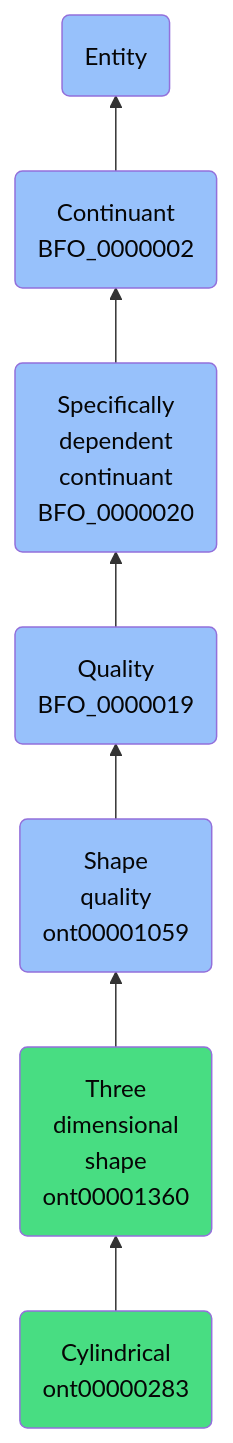
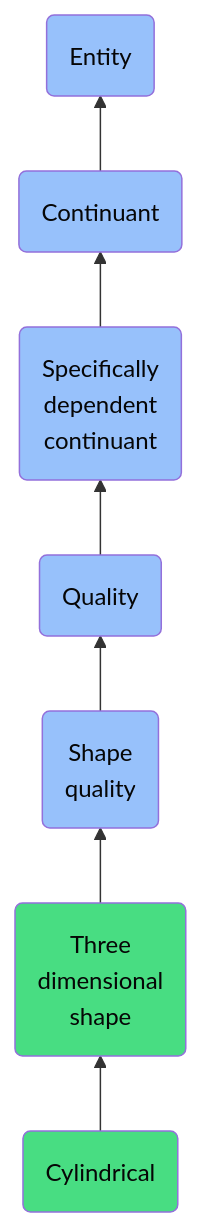
Before and after one commit to jupyter-naas/abi: the diagram in docs/ontology/reference/model/Entity/Continuant/Specifically dependent continuant/Quality/Shape quality/Three dimensional shape/Cylindrical/Cylindrical.md, drawn with Mermaid. The commit also changed other lines of this file and 1430 other files, not shown here.

````diff
--- a/docs/ontology/reference/model/Entity/Continuant/Specifically dependent continuant/Quality/Shape quality/Three dimensional shape/Cylindrical/Cylindrical.md
+++ b/docs/ontology/reference/model/Entity/Continuant/Specifically dependent continuant/Quality/Shape quality/Three dimensional shape/Cylindrical/Cylindrical.md
@@ -24,14 +24,14 @@
 ```mermaid
 graph BT
-    ont00000283(Cylindrical<br>ont00000283):::ABI-->ont00001360
-    ont00001360(Three<br>dimensional<br>shape<br>ont00001360):::ABI-->ont00001059
-    ont00001059(Shape<br>quality<br>ont00001059):::BFO-->BFO_0000019
-    BFO_0000019(Quality<br>BFO_0000019):::BFO-->BFO_0000020
-    BFO_0000020(Specifically<br>dependent<br>continuant<br>BFO_0000020):::BFO-->BFO_0000002
-    BFO_0000002(Continuant<br>BFO_0000002):::BFO-->BFO_0000001
+    ont00000283(Cylindrical):::ABI-->ont00001360
+    ont00001360(Three<br>dimensional<br>shape):::ABI-->ont00001059
+    ont00001059(Shape<br>quality):::BFO-->BFO_0000019
+    BFO_0000019(Quality):::BFO-->BFO_0000020
+    BFO_0000020(Specifically<br>dependent<br>continuant):::BFO-->BFO_0000002
+    BFO_0000002(Continuant):::BFO-->BFO_0000001
     BFO_0000001(Entity):::BFO
     
     classDef BFO fill:#97c1fb,color:#060606
     classDef CCO fill:#e4c51e,color:#060606
     classDef ABI fill:#48DD82,color:#060606
 ```
````
